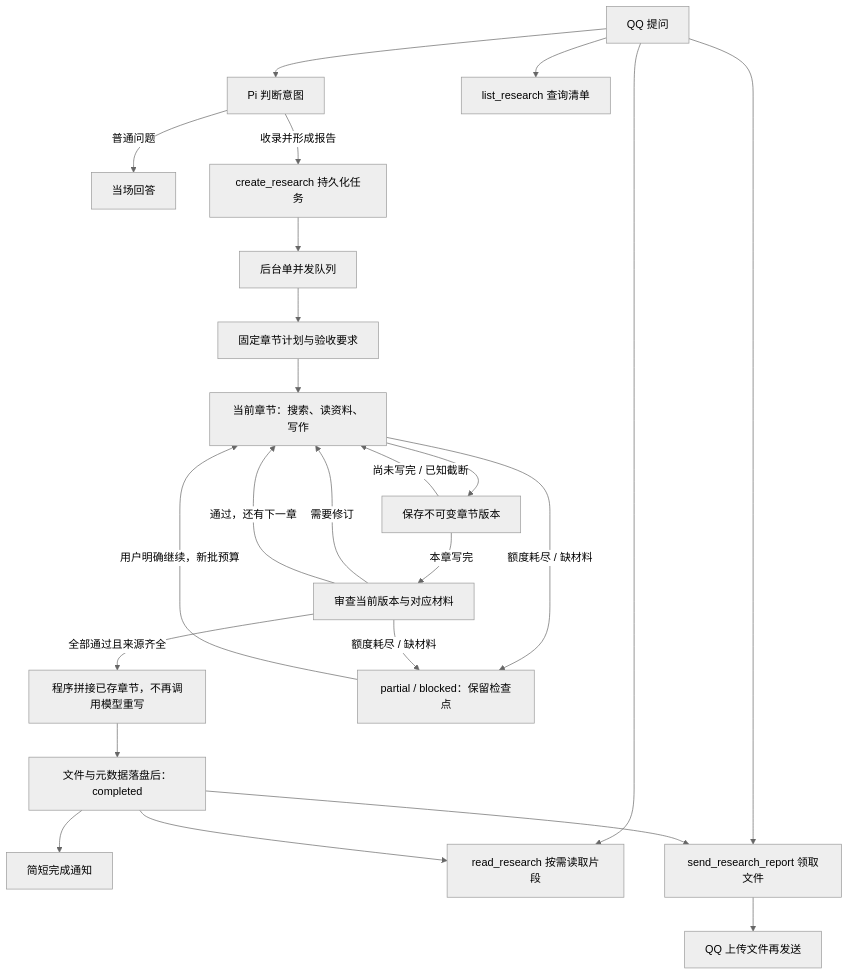
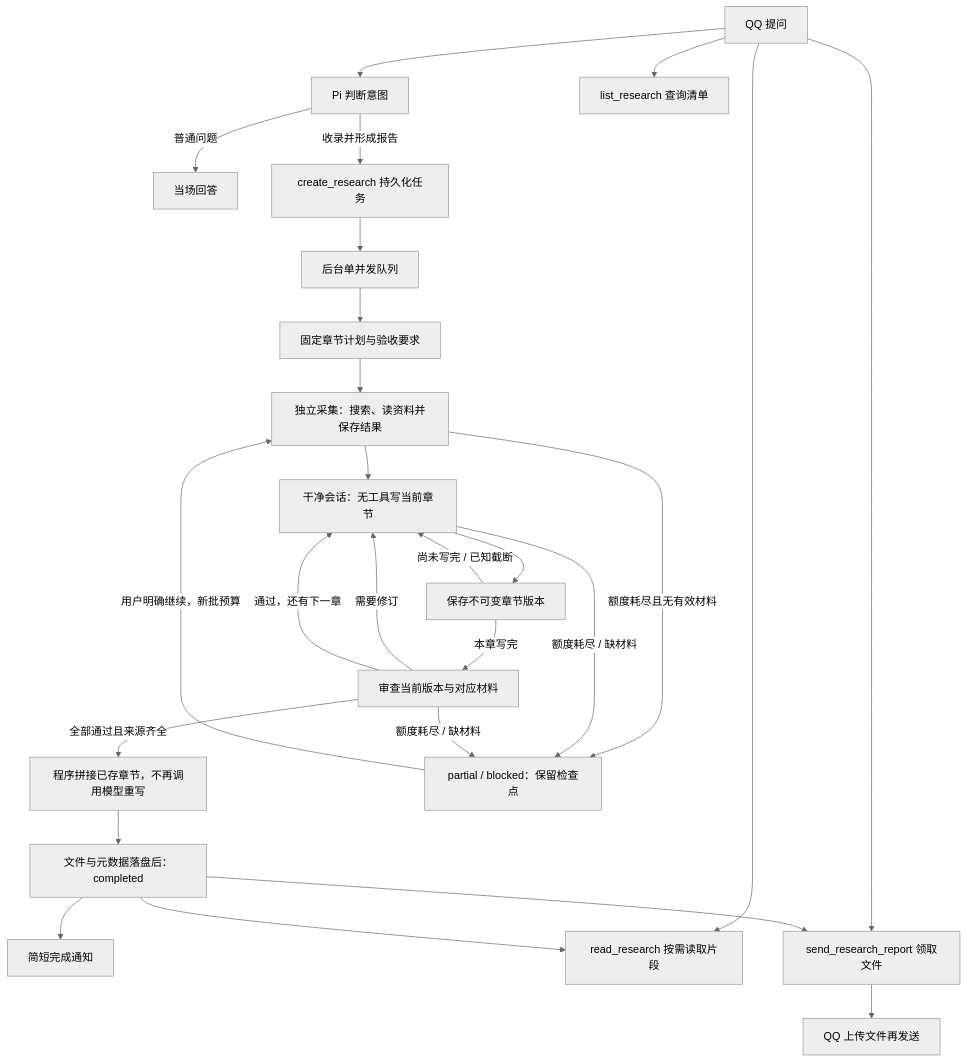
The diagram in docs/research.md (drunk-cat423/pa), drawn with Mermaid (neutral theme) before and after one commit. The commit also changed other lines of this file and 25 other files, not shown here.

````diff
--- a/docs/research.md
+++ b/docs/research.md
@@ -15,26 +15,28 @@
 ```mermaid
 flowchart TD
     request["QQ 提问"] --> model["Pi 判断意图"]
     model -->|"普通问题"| answer["当场回答"]
     model -->|"收录并形成报告"| create["create_research 持久化任务"]
     create --> queue["后台单并发队列"]
     queue --> plan["固定章节计划与验收要求"]
-    plan --> research["当前章节：搜索、读资料、写作"]
+    plan --> collect["独立采集：搜索、读资料并保存结果"]
+    collect --> research["干净会话：无工具写当前章节"]
     research --> checkpoint["保存不可变章节版本"]
     checkpoint -->|"尚未写完 / 已知截断"| research
     checkpoint -->|"本章写完"| review["审查当前版本与对应材料"]
     review -->|"需要修订"| research
     review -->|"通过，还有下一章"| research
     review -->|"全部通过且来源齐全"| assemble["程序拼接已存章节，不再调用模型重写"]
     assemble --> report["文件与元数据落盘后：completed"]
-    research -->|"额度耗尽 / 缺材料"| blocked["partial / blocked：保留检查点"]
+    collect -->|"额度耗尽且无有效材料"| blocked["partial / blocked：保留检查点"]
+    research -->|"额度耗尽 / 缺材料"| blocked
     review -->|"额度耗尽 / 缺材料"| blocked
-    blocked -->|"用户明确继续，新批预算"| research
+    blocked -->|"用户明确继续，新批预算"| collect
     report --> notice["简短完成通知"]
     request --> list["list_research 查询清单"]
     request --> read["read_research 按需读取片段"]
     request --> send["send_research_report 领取文件"]
     report --> read
     report --> send
     send --> qq["QQ 上传文件再发送"]
 ```
````
